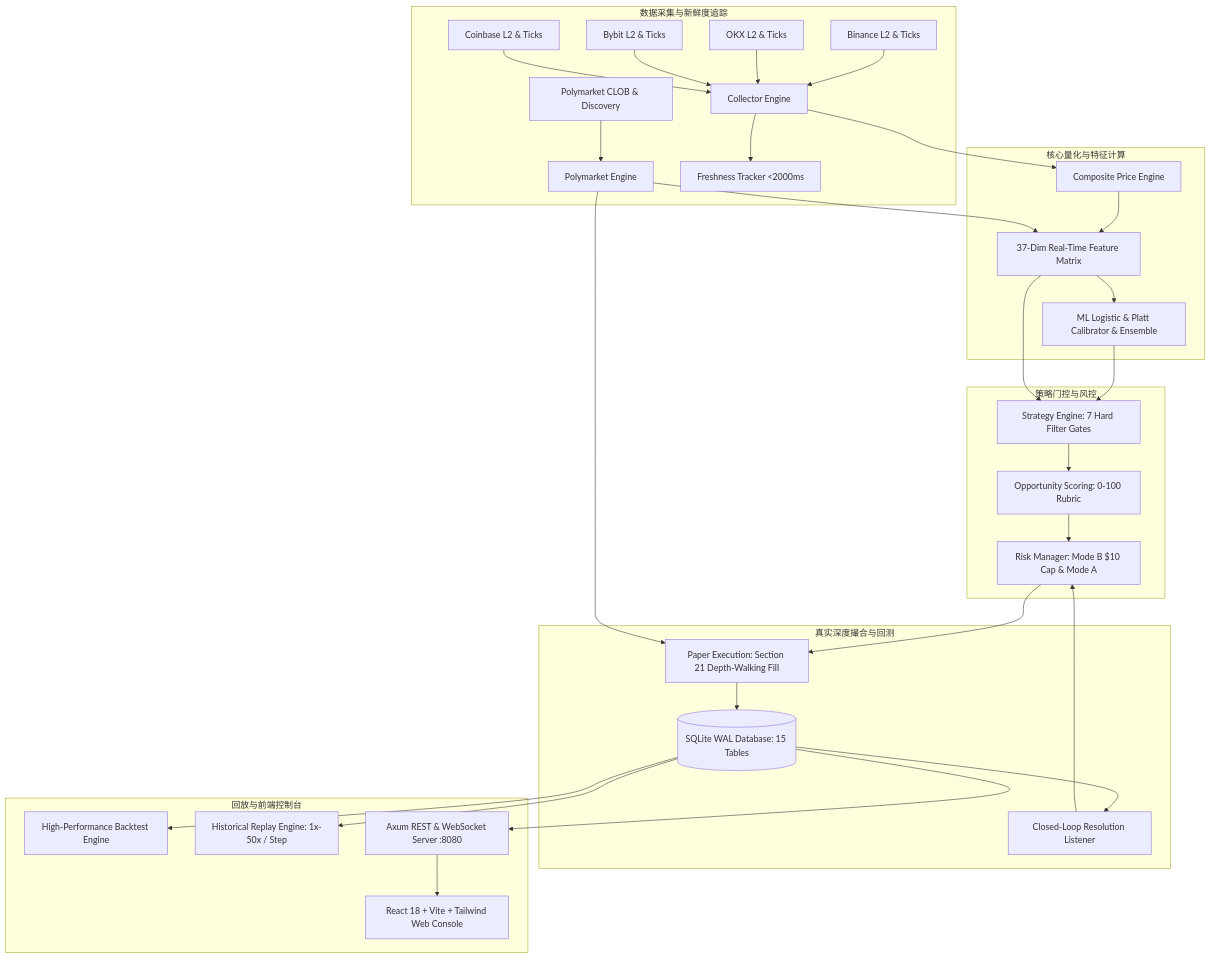
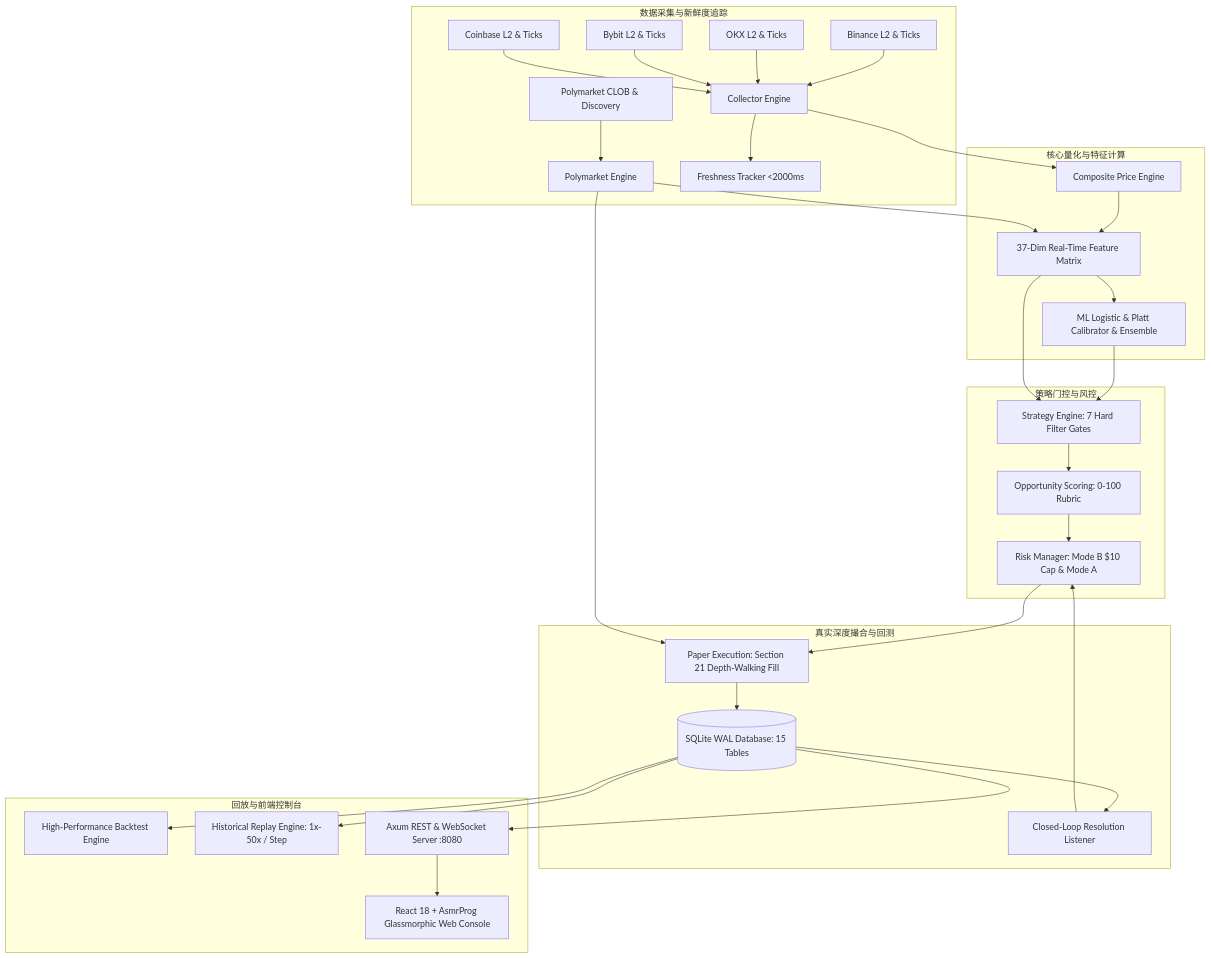
The diagram in README.md (Grandova/EventAlpha), drawn with Mermaid before and after one commit. The commit also changed other lines of this file and 13 other files, not shown here.

Commit message:
feat(ui): redesign dashboard in AsmrProg-YT style, complete Linux/Baota installer, and update comprehensive documentation

````diff
--- a/README.md
+++ b/README.md
@@ -27,40 +151,40 @@
 ```mermaid
 flowchart TD
     subgraph Data Layer [数据采集与新鲜度追踪]
         B[Binance L2 & Ticks] --> C[Collector Engine]
         O[OKX L2 & Ticks] --> C
         BY[Bybit L2 & Ticks] --> C
         CB[Coinbase L2 & Ticks] --> C
         P_CLOB[Polymarket CLOB & Discovery] --> PM[Polymarket Engine]
         C --> FRESH[Freshness Tracker <2000ms]
     end
 
     subgraph Core Quant Engine [核心量化与特征计算]
         C --> COMP[Composite Price Engine]
         COMP --> FEAT[37-Dim Real-Time Feature Matrix]
         PM --> FEAT
         FEAT --> ML[ML Logistic & Platt Calibrator & Ensemble]
     end
 
     subgraph Strategy & Risk [策略门控与风控]
         ML --> STRAT[Strategy Engine: 7 Hard Filter Gates]
         FEAT --> STRAT
         STRAT --> SCORE[Opportunity Scoring: 0-100 Rubric]
         SCORE --> RISK[Risk Manager: Mode B $10 Cap & Mode A]
     end
 
     subgraph Execution & Simulation [真实深度撮合与回测]
         RISK --> EXEC[Paper Execution: Section 21 Depth-Walking Fill]
         PM --> EXEC
         EXEC --> DB[(SQLite WAL Database: 15 Tables)]
         DB --> SETTLE[Closed-Loop Resolution Listener]
         SETTLE --> RISK
     end
 
     subgraph Diagnostic & UI [回放与前端控制台]
         DB --> BT[High-Performance Backtest Engine]
         DB --> REPLAY[Historical Replay Engine: 1x-50x / Step]
         DB --> API[Axum REST & WebSocket Server :8080]
-        API --> UI[React 18 + Vite + Tailwind Web Console]
+        API --> UI[React 18 + AsmrProg Glassmorphic Web Console]
     end
 ```
````
